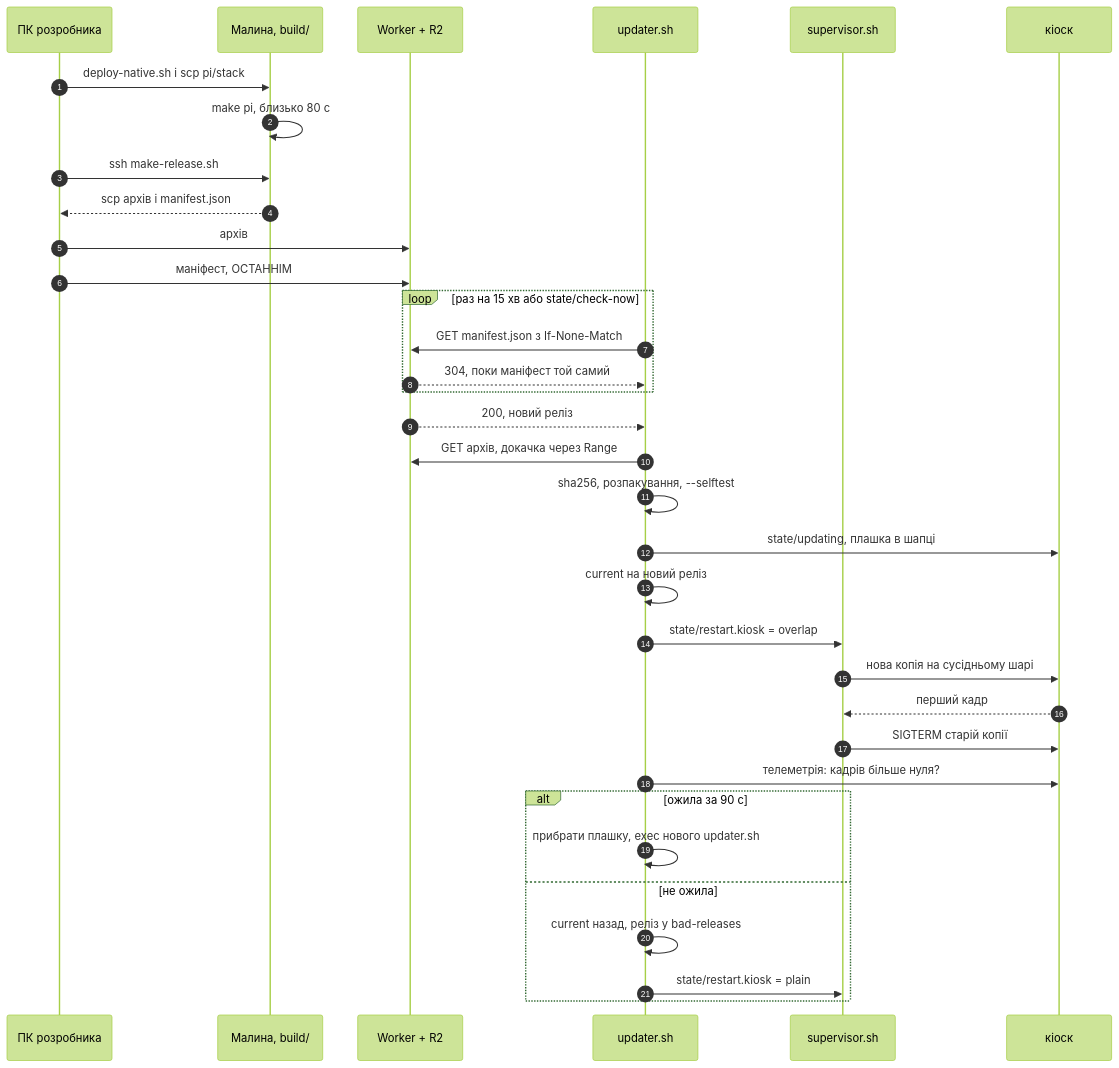
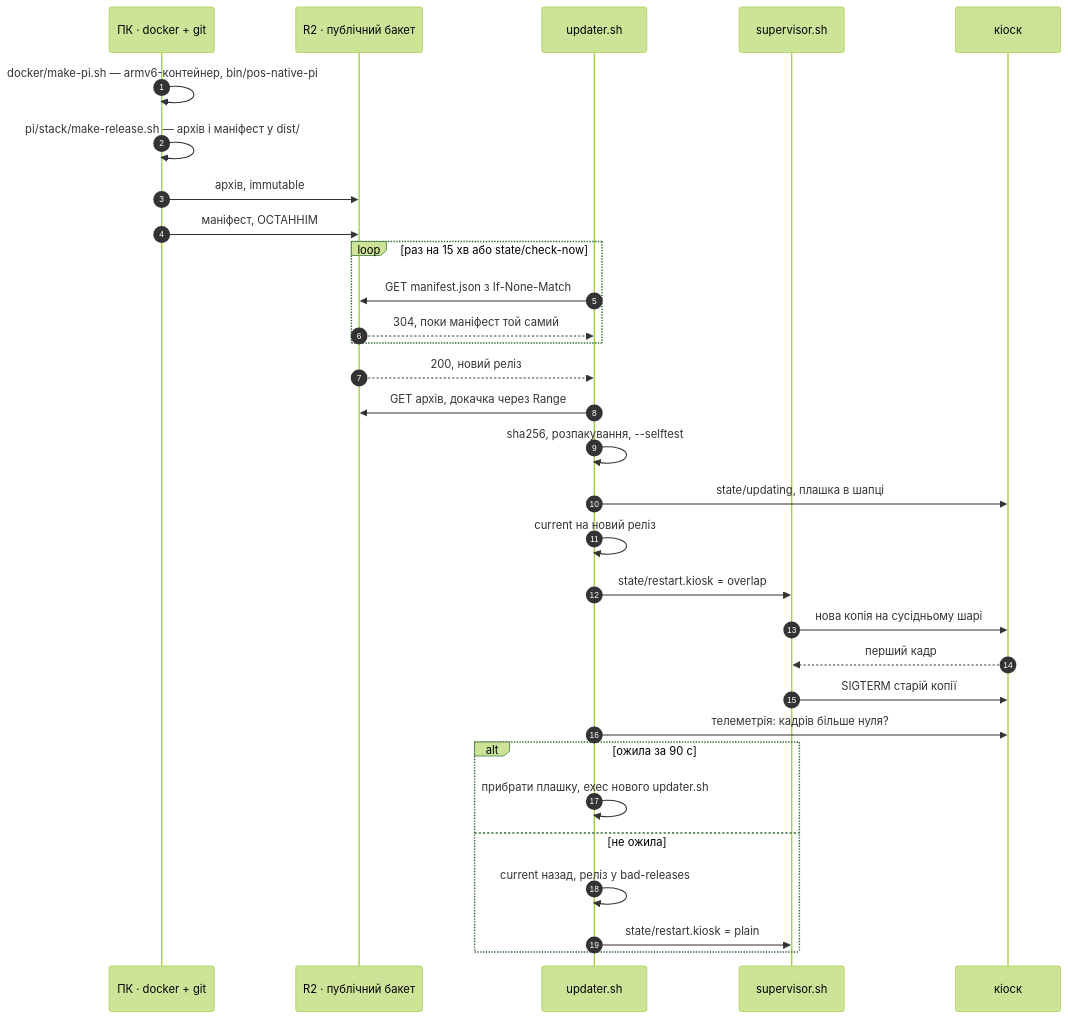
One commit to arsengoian/extrovert.cafe changed the second of 2 diagrams in docs/raspberry-pi.md. Above: the diagram before and after it, drawn with Mermaid (forest theme). The commit also changed other lines of this file and 13 other files, not shown here.

````diff
--- a/docs/raspberry-pi.md
+++ b/docs/raspberry-pi.md
@@ -170,37 +206,34 @@
 ```mermaid
 sequenceDiagram
   autonumber
-  participant PC as ПК розробника
-  participant B as Малина, build/
-  participant W as Worker + R2
+  participant PC as ПК · docker + git
+  participant R2 as R2 · публічний бакет
   participant U as updater.sh
   participant S as supervisor.sh
   participant K as кіоск
 
-  PC->>B: deploy-native.sh і scp pi/stack
-  B->>B: make pi, близько 80 с
-  PC->>B: ssh make-release.sh
-  B-->>PC: scp архів і manifest.json
-  PC->>W: архів
-  PC->>W: маніфест, ОСТАННІМ
+  PC->>PC: docker/make-pi.sh — armv6-контейнер, bin/pos-native-pi
+  PC->>PC: pi/stack/make-release.sh — архів і маніфест у dist/
+  PC->>R2: архів, immutable
+  PC->>R2: маніфест, ОСТАННІМ
   loop раз на 15 хв або state/check-now
-    U->>W: GET manifest.json з If-None-Match
-    W-->>U: 304, поки маніфест той самий
+    U->>R2: GET manifest.json з If-None-Match
+    R2-->>U: 304, поки маніфест той самий
   end
-  W-->>U: 200, новий реліз
-  U->>W: GET архів, докачка через Range
+  R2-->>U: 200, новий реліз
+  U->>R2: GET архів, докачка через Range
   U->>U: sha256, розпакування, --selftest
   U->>K: state/updating, плашка в шапці
   U->>U: current на новий реліз
   U->>S: state/restart.kiosk = overlap
   S->>K: нова копія на сусідньому шарі
   K-->>S: перший кадр
   S->>K: SIGTERM старій копії
   U->>K: телеметрія: кадрів більше нуля?
   alt ожила за 90 с
     U->>U: прибрати плашку, exec нового updater.sh
   else не ожила
     U->>U: current назад, реліз у bad-releases
     U->>S: state/restart.kiosk = plain
   end
 ```
````
